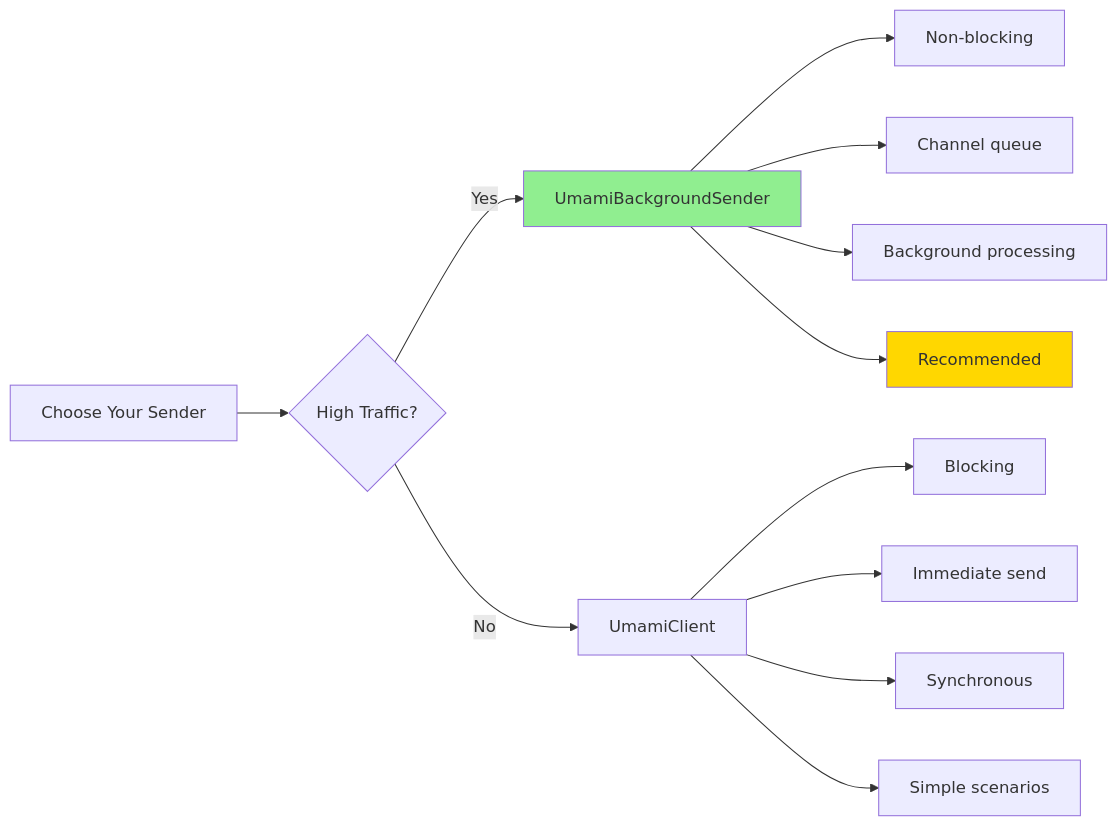
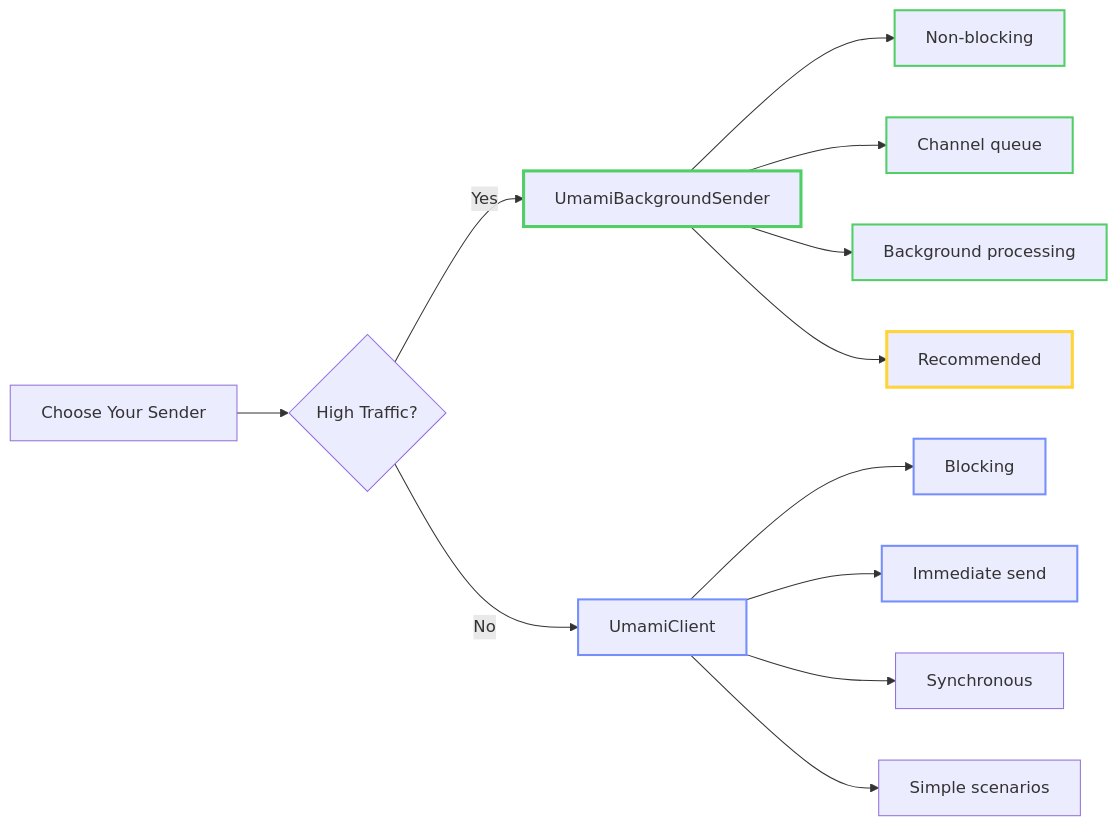
The fifth of 7 diagrams in Umami.Net/README.md (Shaddix/mostlylucidweb), drawn with Mermaid before and after one commit. The commit also changed other lines of this file and 9 other files, not shown here.

````diff
--- a/Umami.Net/README.md
+++ b/Umami.Net/README.md
@@ -486,19 +500,25 @@
 ```mermaid
 graph LR
     A[Choose Your Sender] --> B{High Traffic?}
     B -->|Yes| C[UmamiBackgroundSender]
     B -->|No| D[UmamiClient]
 
     C --> E[Non-blocking]
     C --> F[Channel queue]
     C --> G[Background processing]
     C --> H[Recommended]
 
     D --> I[Blocking]
     D --> J[Immediate send]
     D --> K[Synchronous]
     D --> L[Simple scenarios]
 
-    style C fill:#90EE90
-    style H fill:#FFD700
+    style C stroke:#51CF66,stroke-width:3px
+    style H stroke:#FFD43B,stroke-width:3px
+    style E stroke:#51CF66,stroke-width:2px
+    style F stroke:#51CF66,stroke-width:2px
+    style G stroke:#51CF66,stroke-width:2px
+    style D stroke:#748FFC,stroke-width:2px
+    style I stroke:#748FFC,stroke-width:2px
+    style J stroke:#748FFC,stroke-width:2px
 ```
````
